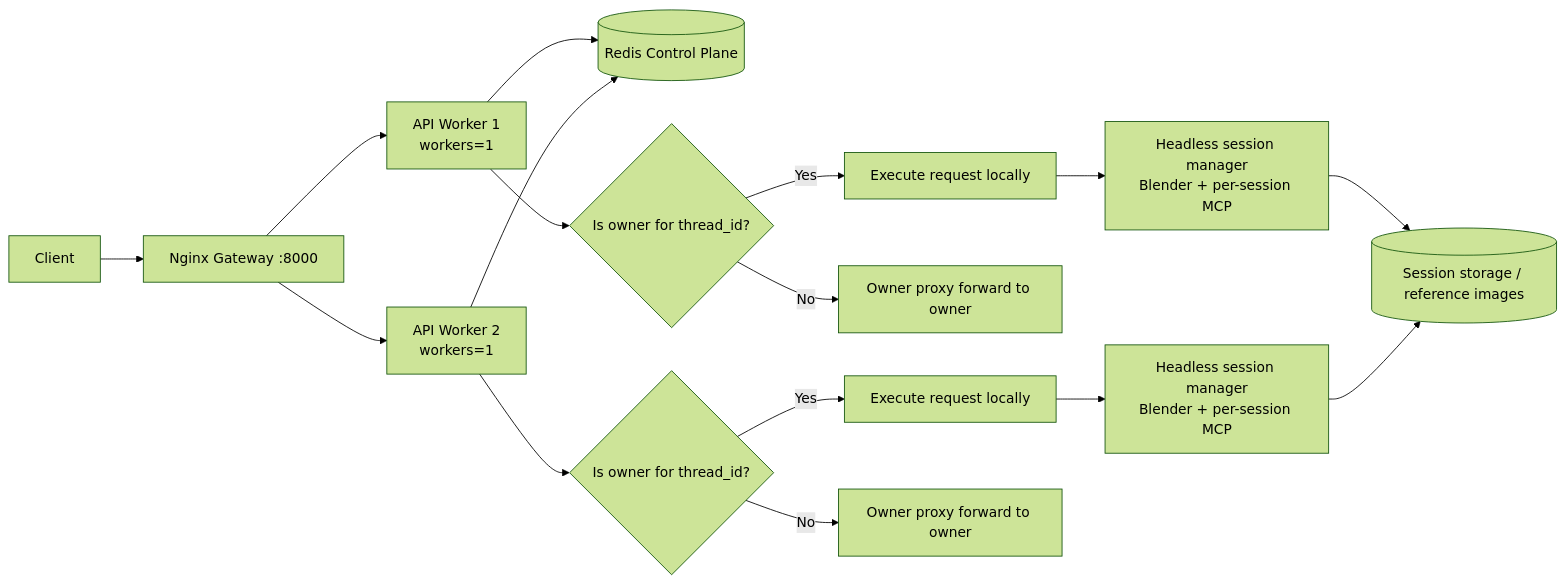
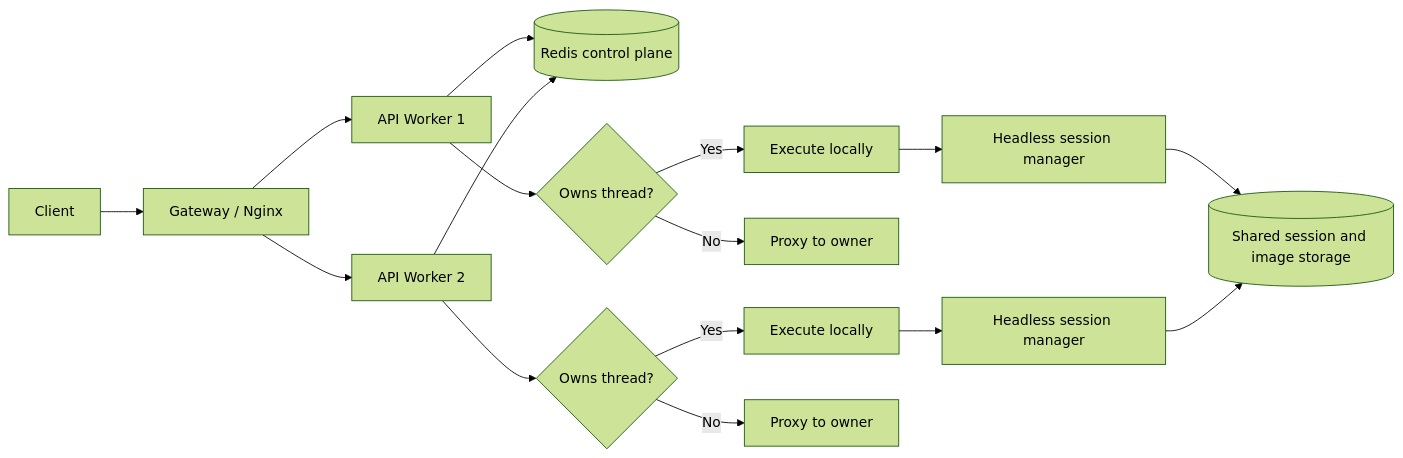
Before and after one commit to 3DSceneAgent/Vibe3DScene: the third of 3 diagrams in docs/architecture/agentic-workflow.md, drawn with Mermaid (forest theme). The commit also changed other lines of this file and 4 other files, not shown here.

````diff
--- a/docs/architecture/agentic-workflow.md
+++ b/docs/architecture/agentic-workflow.md
@@ -116,23 +113,22 @@
 ```mermaid
 flowchart LR
-    C[Client] --> GW[Nginx Gateway :8000]
-    GW --> W1[API Worker 1\nworkers=1]
-    GW --> W2[API Worker 2\nworkers=1]
+    C[Client] --> GW[Gateway / Nginx]
+    GW --> W1[API Worker 1]
+    GW --> W2[API Worker 2]
 
-    W1 --> R[(Redis Control Plane)]
+    W1 --> R[(Redis control plane)]
     W2 --> R
 
-    W1 --> D1{"Is owner for thread_id?"}
-    W2 --> D2{"Is owner for thread_id?"}
+    W1 --> O1{"Owns thread?"}
+    W2 --> O2{"Owns thread?"}
 
-    D1 -- Yes --> E1[Execute request locally]
-    D1 -- No --> P1[Owner proxy forward to owner]
-    D2 -- Yes --> E2[Execute request locally]
-    D2 -- No --> P2[Owner proxy forward to owner]
+    O1 -->|Yes| E1[Execute locally]
+    O1 -->|No| P1[Proxy to owner]
+    O2 -->|Yes| E2[Execute locally]
+    O2 -->|No| P2[Proxy to owner]
 
-    E1 --> HS1[Headless session manager\nBlender + per-session MCP]
-    E2 --> HS2[Headless session manager\nBlender + per-session MCP]
-
-    HS1 --> S[(Session storage / reference images)]
-    HS2 --> S
+    E1 --> HS1[Headless session manager]
+    E2 --> HS2[Headless session manager]
+    HS1 --> FS[(Shared session and image storage)]
+    HS2 --> FS
 ```
````
